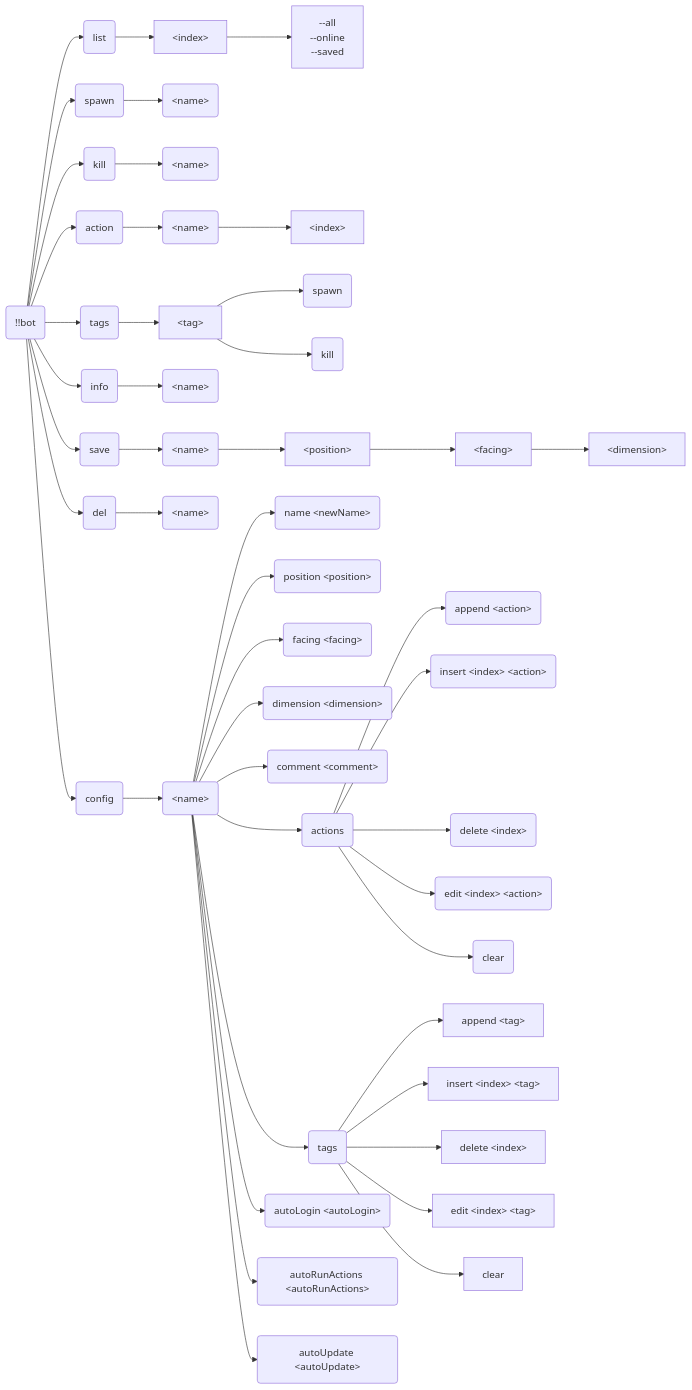
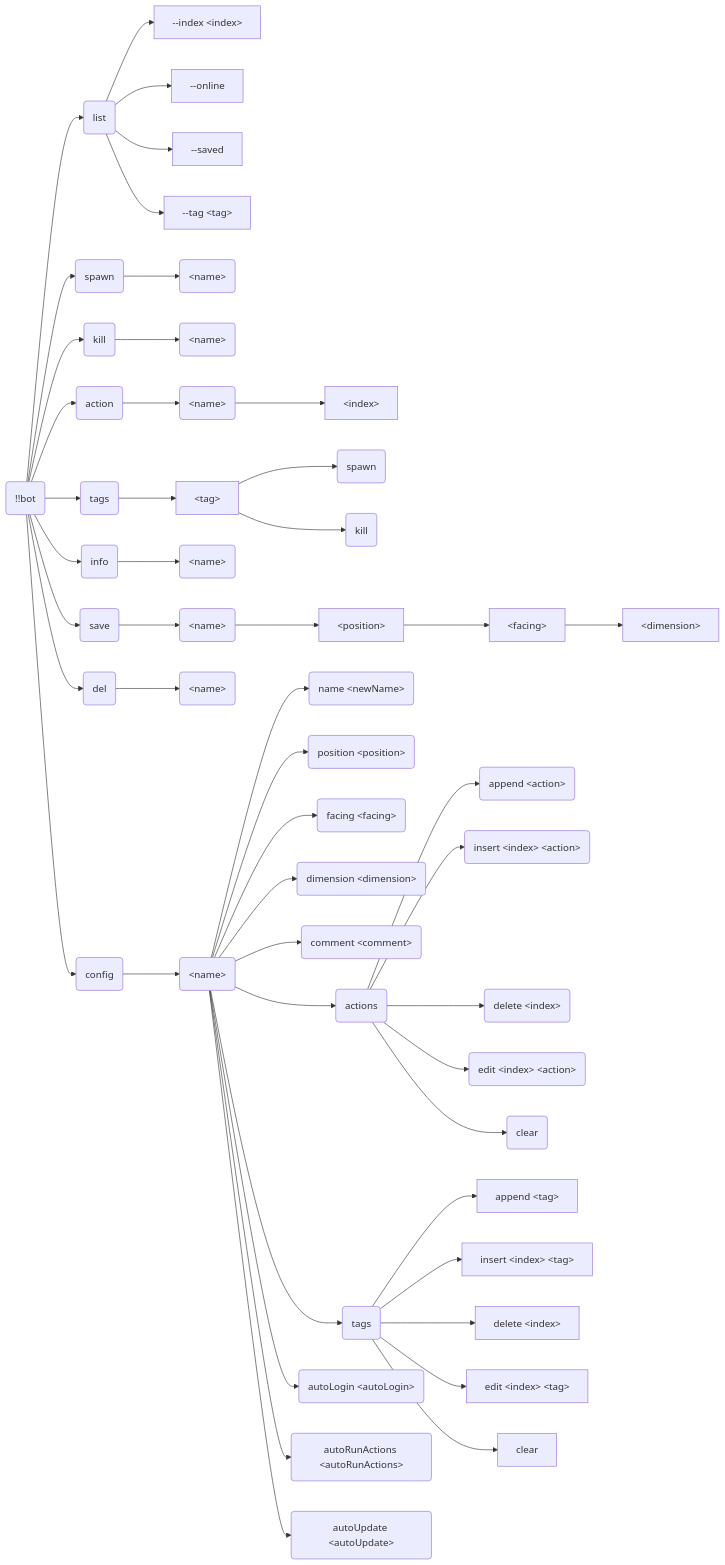
One commit to AnzhiZhang/MCDReforgedPlugins changed the fourth of 4 diagrams in src/bot/readme.md. Above: the diagram before and after it, drawn with Mermaid. The commit also changed other lines of this file and 5 other files, not shown here.

````diff
--- a/src/bot/readme.md
+++ b/src/bot/readme.md
@@ -130,64 +134,62 @@
 ```mermaid
 flowchart LR
     start(!!bot)
 
     start --> list(list)
-    list --> list_index["&lt;index&gt;"]
-    list_index --> list_index_arg["
-        --all
-        --online
-        --saved
-    "]
+    list --> list_index["--index &lt;index&gt;"]
+    list --> list_online[--online]
+    list --> list_saved[--saved]
+    list --> list_tag["--tag &lt;tag&gt;"]
 
     start --> spawn(spawn)
     spawn --> spawn_name("&lt;name&gt;")
 
     start --> kill(kill)
     kill --> kill_name("&lt;name&gt;")
 
     start --> action(action)
     action --> action_name("&lt;name&gt;")
     action_name --> action_name_index["&lt;index&gt;"]
 
     start --> tags(tags)
     tags --> tags_tag["&lt;tag&gt;"]
     tags_tag --> tags_tag_spawn(spawn)
     tags_tag --> tags_tag_kill(kill)
 
     start --> info(info)
     info --> info_name("&lt;name&gt;")
 
     start --> save(save)
     save --> save_name("&lt;name&gt;")
     save_name --> save_name_position["&lt;position&gt;"]
     save_name_position --> save_name_position_facing["&lt;facing&gt;"]
     save_name_position_facing --> save_name_position_facing_dimension["&lt;dimension&gt;"]
 
     start --> del(del)
     del --> del_name("&lt;name&gt;")
 
     start --> config(config)
     config --> config_name("&lt;name&gt;")
     config_name --> config_name_name("name &lt;newName&gt;")
     config_name --> config_name_position("position &lt;position&gt;")
     config_name --> config_name_facing("facing &lt;facing&gt;")
     config_name --> config_name_dimension("dimension &lt;dimension&gt;")
     config_name --> config_name_comment("comment &lt;comment&gt;")
     config_name --> config_name_actions(actions)
     config_name --> config_name_tags(tags)
     config_name --> config_name_autoLogin("autoLogin &lt;autoLogin&gt;")
     config_name --> config_name_autoRunActions("autoRunActions &lt;autoRunActions&gt;")
     config_name --> config_name_autoUpdate("autoUpdate &lt;autoUpdate&gt;")
 
     config_name_actions --> config_name_actions_append("append &lt;action&gt;")
     config_name_actions --> config_name_actions_insert("insert &lt;index&gt; &lt;action&gt;")
     config_name_actions --> config_name_actions_delete("delete &lt;index&gt")
     config_name_actions --> config_name_actions_edit("edit &lt;index&gt; &lt;action&gt;")
     config_name_actions --> config_name_actions_clear(clear)
 
     config_name_tags --> config_name_tags_append["append &lt;tag&gt;"]
     config_name_tags --> config_name_tags_insert["insert &lt;index&gt; &lt;tag&gt;"]
     config_name_tags --> config_name_tags_delete["delete &lt;index&gt"]
     config_name_tags --> config_name_tags_edit["edit &lt;index&gt; &lt;tag&gt;"]
     config_name_tags --> config_name_tags_clear[clear]
 ```
````
